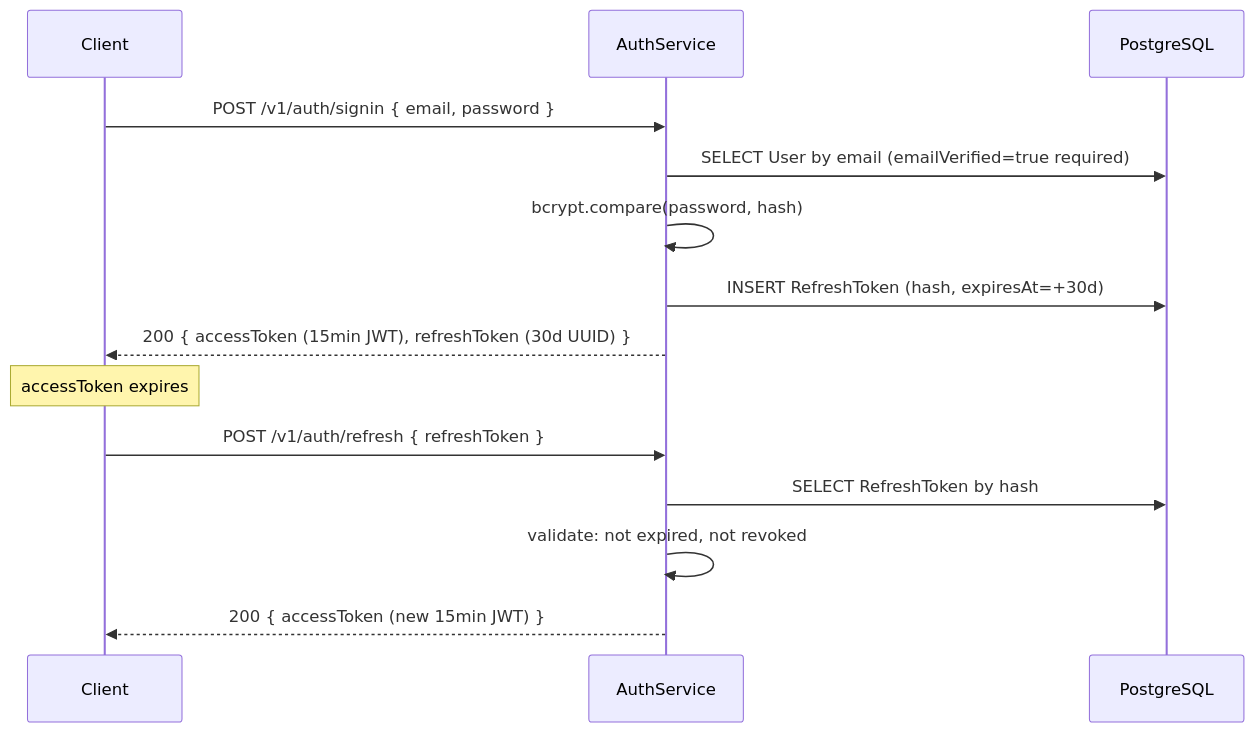
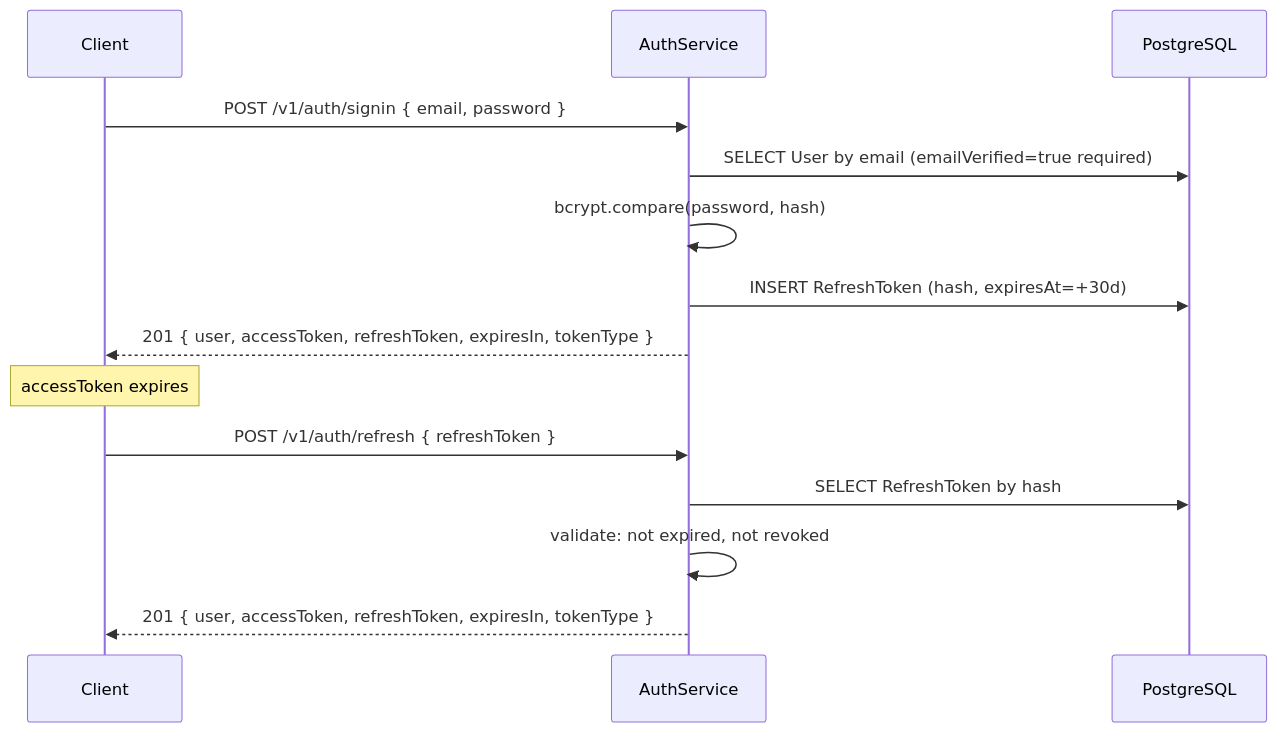
The second of 12 diagrams in apps/backend/docs/visual/VISUAL_RUNTIME_FLOWS.md (iamPedram1/subflix), drawn with Mermaid before and after one commit. The commit also changed other lines of this file and 37 other files, not shown here.

````diff
--- a/apps/backend/docs/visual/VISUAL_RUNTIME_FLOWS.md
+++ b/apps/backend/docs/visual/VISUAL_RUNTIME_FLOWS.md
@@ -40,18 +40,18 @@
 ```mermaid
 sequenceDiagram
     participant C as Client
     participant S as AuthService
     participant DB as PostgreSQL
 
     C->>S: POST /v1/auth/signin { email, password }
     S->>DB: SELECT User by email (emailVerified=true required)
     S->>S: bcrypt.compare(password, hash)
     S->>DB: INSERT RefreshToken (hash, expiresAt=+30d)
-    S-->>C: 200 { accessToken (15min JWT), refreshToken (30d UUID) }
+    S-->>C: 201 { user, accessToken, refreshToken, expiresIn, tokenType }
 
     Note over C: accessToken expires
     C->>S: POST /v1/auth/refresh { refreshToken }
     S->>DB: SELECT RefreshToken by hash
     S->>S: validate: not expired, not revoked
-    S-->>C: 200 { accessToken (new 15min JWT) }
+    S-->>C: 201 { user, accessToken, refreshToken, expiresIn, tokenType }
 ```
````
